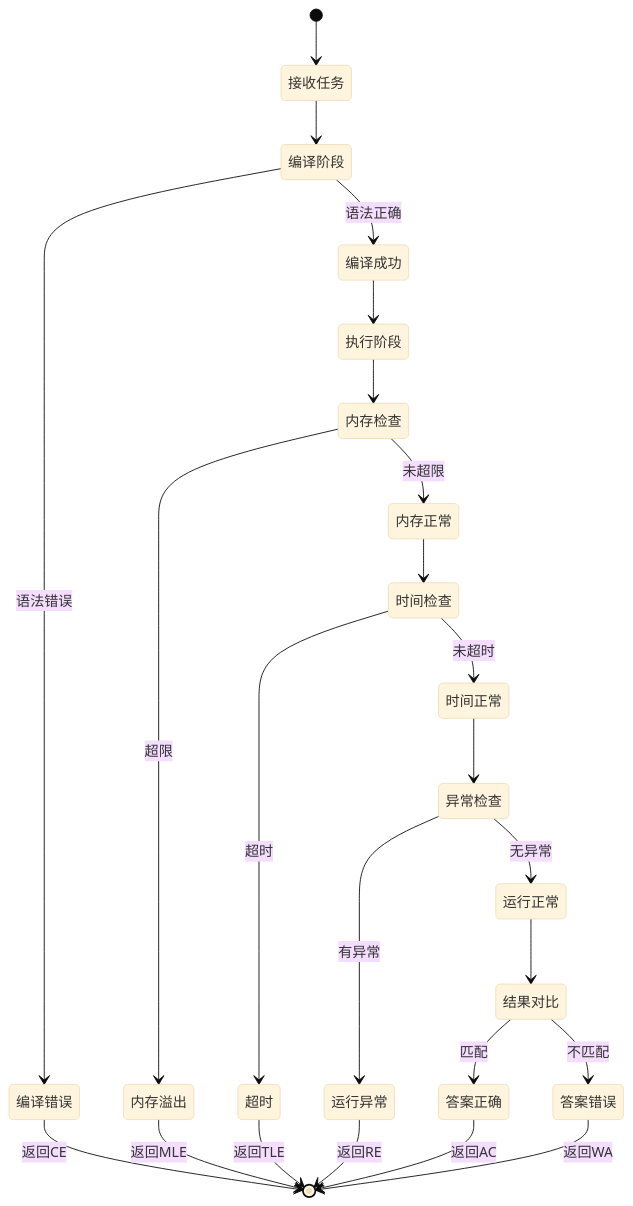
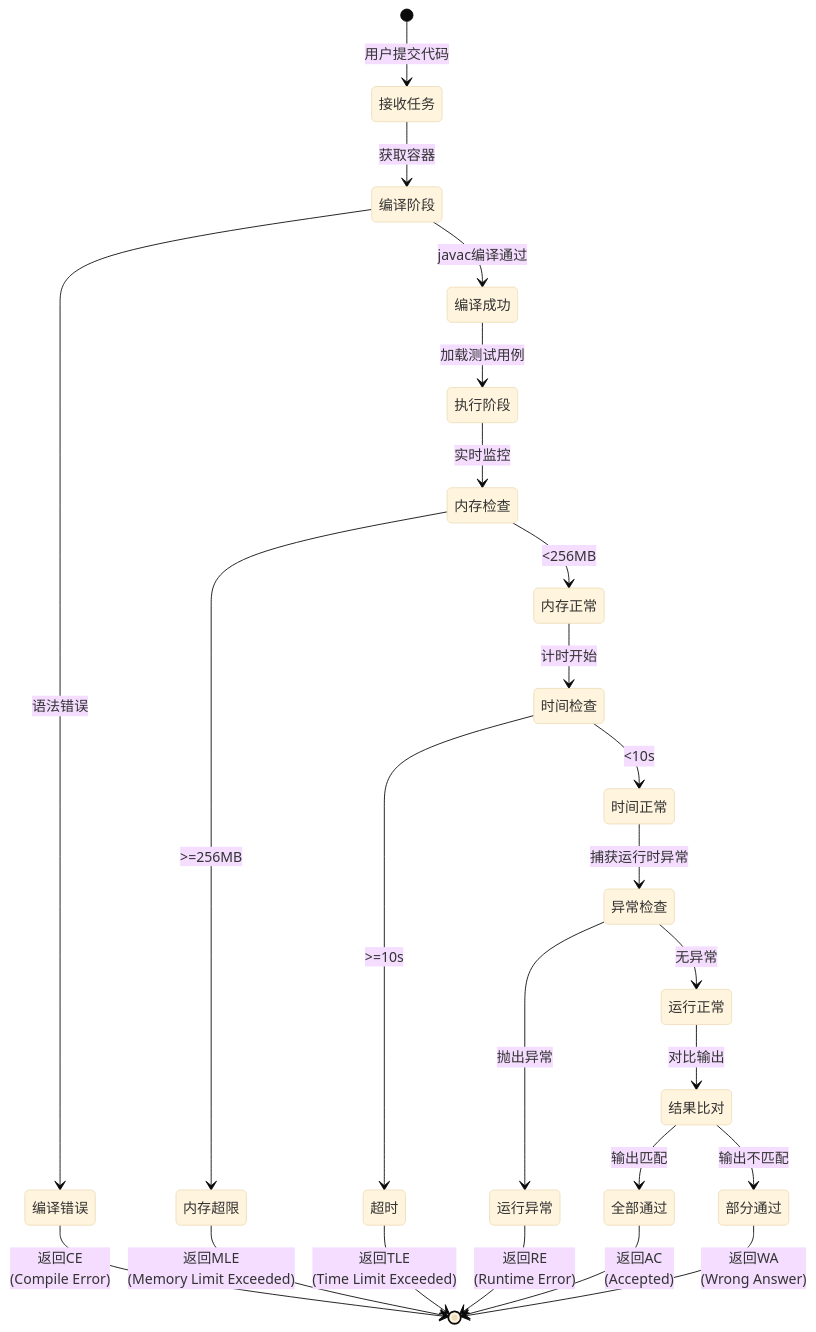
Diagram 11 of 14 in README.md (1067367579/coding-arena), drawn with Mermaid (base theme) before and after one commit. The commit also changed other lines of this file and 1 other file, not shown here.

````diff
--- a/README.md
+++ b/README.md
@@ -464,32 +799,37 @@
 ```mermaid
 stateDiagram-v2
-    [*] --> 接收任务
-    接收任务 --> 编译阶段
-    
-    编译阶段 --> 编译成功 : 语法正确
-    编译阶段 --> 编译错误 : 语法错误
-    编译错误 --> [*] : 返回CE
-    
-    编译成功 --> 执行阶段
-    执行阶段 --> 内存检查
-    
-    内存检查 --> 内存正常 : 未超限
-    内存检查 --> 内存溢出 : 超限
-    内存溢出 --> [*] : 返回MLE
-    
-    内存正常 --> 时间检查
-    时间检查 --> 时间正常 : 未超时
-    时间检查 --> 超时 : 超时
-    超时 --> [*] : 返回TLE
-    
-    时间正常 --> 异常检查
-    异常检查 --> 运行正常 : 无异常
-    异常检查 --> 运行异常 : 有异常
-    运行异常 --> [*] : 返回RE
-    
-    运行正常 --> 结果对比
-    结果对比 --> 答案正确 : 匹配
-    结果对比 --> 答案错误 : 不匹配
-    答案正确 --> [*] : 返回AC
-    答案错误 --> [*] : 返回WA
+    [*] --> 接收任务: 用户提交代码
+
+    接收任务 --> 编译阶段: 获取容器
+    编译阶段 --> 编译成功: javac编译通过
+    编译阶段 --> 编译错误: 语法错误
+
+    编译错误 --> [*]: 返回CE<br/>(Compile Error)
+
+    编译成功 --> 执行阶段: 加载测试用例
+    执行阶段 --> 内存检查: 实时监控
+
+    内存检查 --> 内存正常: <256MB
+    内存检查 --> 内存超限: >=256MB
+
+    内存超限 --> [*]: 返回MLE<br/>(Memory Limit Exceeded)
+
+    内存正常 --> 时间检查: 计时开始
+    时间检查 --> 时间正常: <10s
+    时间检查 --> 超时: >=10s
+
+    超时 --> [*]: 返回TLE<br/>(Time Limit Exceeded)
+
+    时间正常 --> 异常检查: 捕获运行时异常
+    异常检查 --> 运行正常: 无异常
+    异常检查 --> 运行异常: 抛出异常
+
+    运行异常 --> [*]: 返回RE<br/>(Runtime Error)
+
+    运行正常 --> 结果比对: 对比输出
+    结果比对 --> 全部通过: 输出匹配
+    结果比对 --> 部分通过: 输出不匹配
+
+    全部通过 --> [*]: 返回AC<br/>(Accepted)
+    部分通过 --> [*]: 返回WA<br/>(Wrong Answer)
 ```
````
